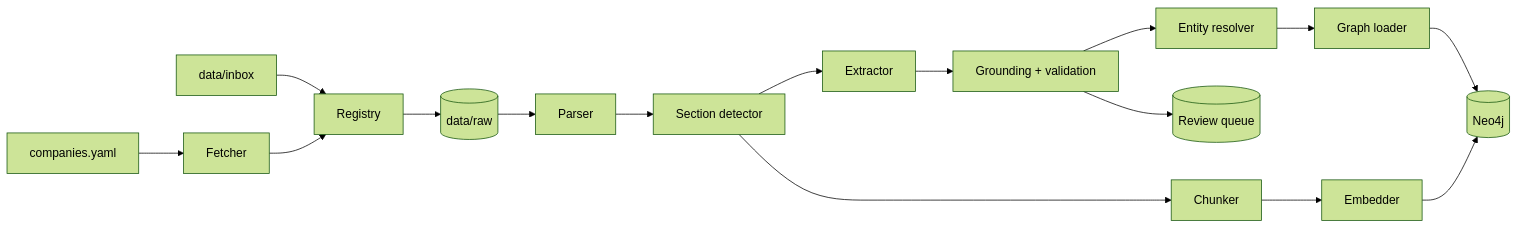
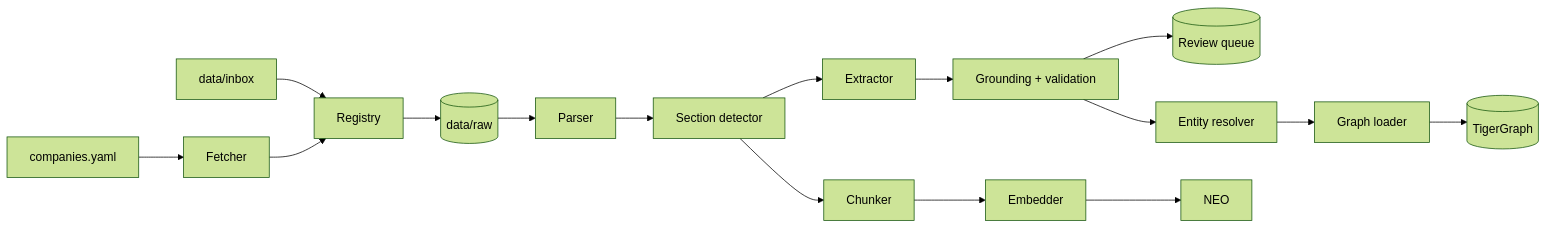
The third of 11 diagrams in docs/ARCHITECTURE.md (Tetra4ge/Interlock-TG), drawn with Mermaid (forest theme) before and after one commit. The commit also changed other lines of this file and 13 other files, not shown here.

Commit message:
docs: migrate architecture and documentation references from Neo4j to TigerGraph

````diff
--- a/docs/ARCHITECTURE.md
+++ b/docs/ARCHITECTURE.md
@@ -77,18 +77,18 @@
 ```mermaid
 flowchart LR
     CFG[companies.yaml] --> F[Fetcher]
     IN[data/inbox] --> R[Registry]
     F --> R
     R --> RAW[(data/raw)]
     RAW --> P[Parser]
     P --> S[Section detector]
     S --> CH[Chunker]
     S --> X[Extractor]
     X --> G[Grounding + validation]
     G --> RQ[(Review queue)]
     G --> RES[Entity resolver]
     RES --> L[Graph loader]
     CH --> E[Embedder]
-    L --> NEO[(Neo4j)]
+    L --> TG[(TigerGraph)]
     E --> NEO
 ```
````
